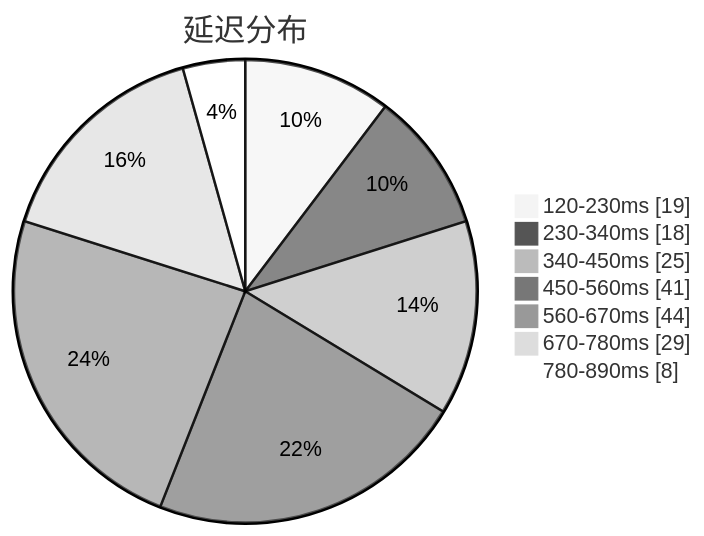
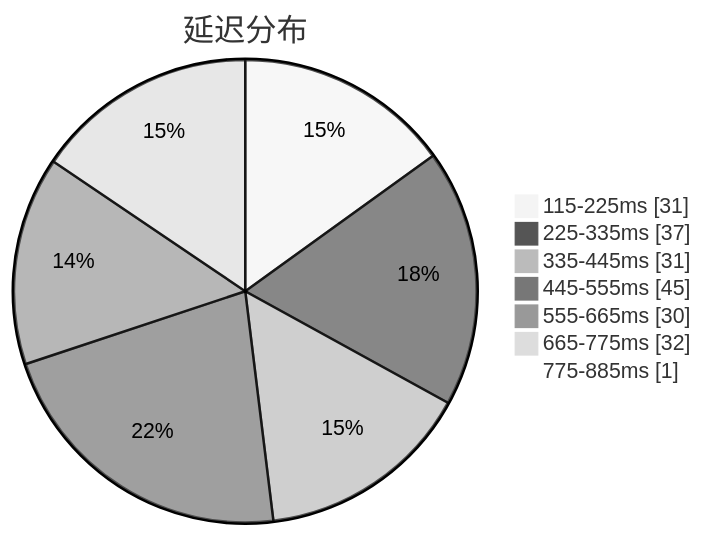
Before and after one commit to sinspired/airport: the first of 3 diagrams in subs/statistics/tested_within.md, drawn with Mermaid (neutral theme). The commit also changed other lines of this file and 2 other files, not shown here.

````diff
--- a/subs/statistics/tested_within.md
+++ b/subs/statistics/tested_within.md
@@ -2,11 +2,11 @@
 ```mermaid
 pie showData
 title 延迟分布
-"120-230ms" : 19
-"230-340ms" : 18
-"340-450ms" : 25
-"450-560ms" : 41
-"560-670ms" : 44
-"670-780ms" : 29
-"780-890ms" : 8
+"115-225ms" : 31
+"225-335ms" : 37
+"335-445ms" : 31
+"445-555ms" : 45
+"555-665ms" : 30
+"665-775ms" : 32
+"775-885ms" : 1
 ```
````
